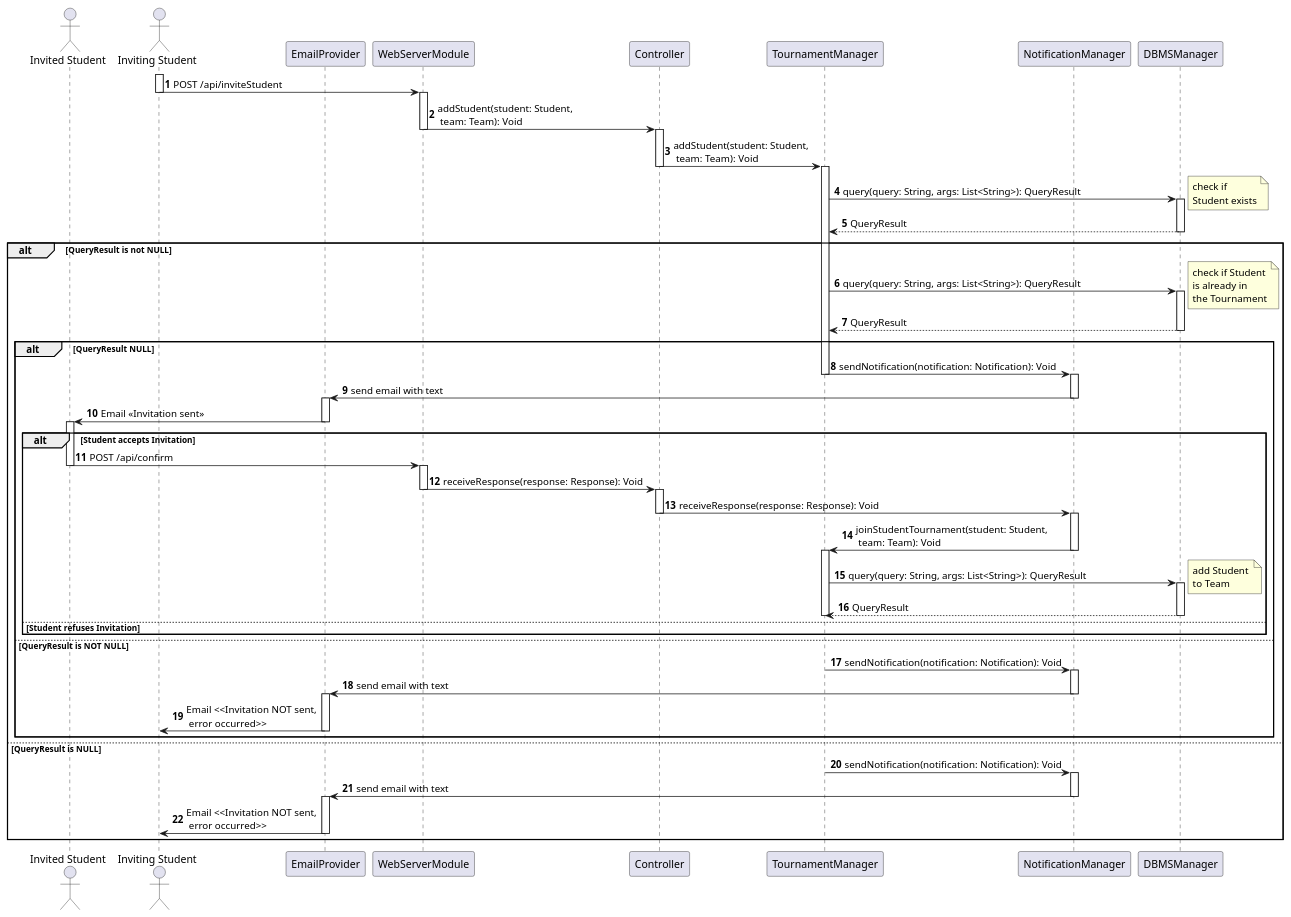
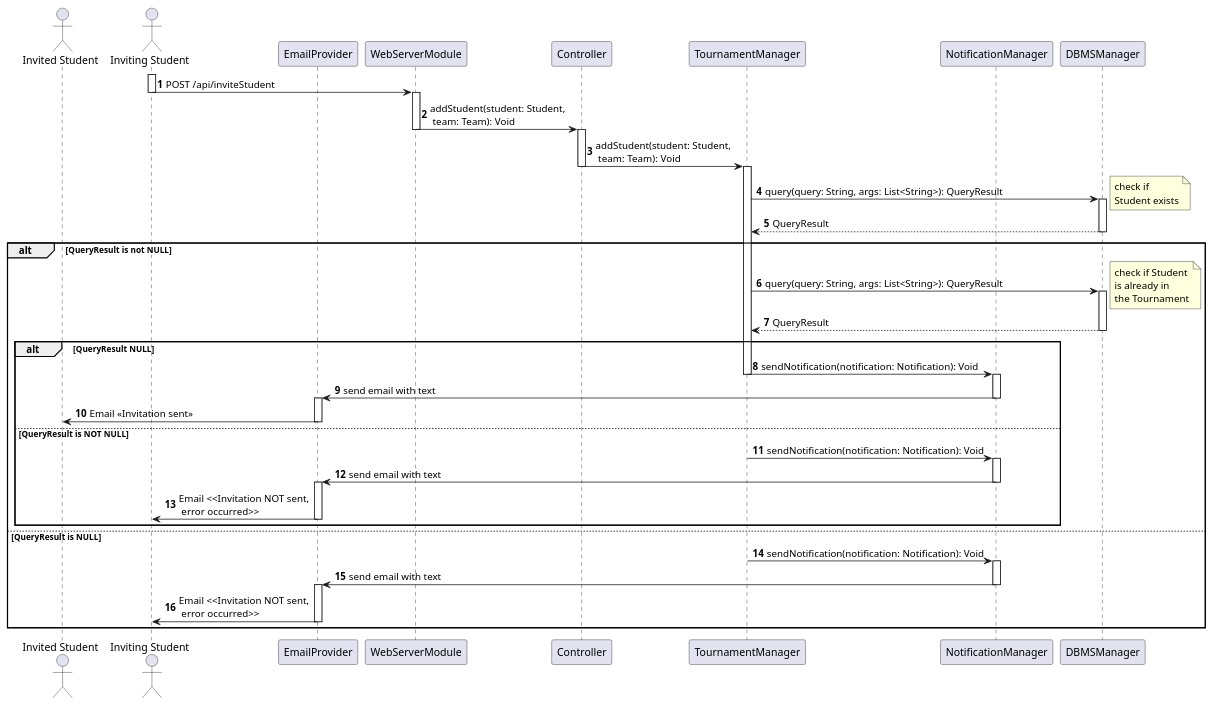
One commit to Angelo7672/SE2_Requirement-and-Design-Document changed the diagram in _DD/Images/sequenceDiagrams/inviteStudent.wsd. Above: the diagram before and after it, drawn with PlantUML. The commit also changed 4 other files, not shown here.

Commit message:
sequence 2.4 2.5. 2.6 2.7 fix

```diff
--- a/_DD/Images/sequenceDiagrams/inviteStudent.wsd
+++ b/_DD/Images/sequenceDiagrams/inviteStudent.wsd
@@ -1,95 +1,70 @@
 @startuml
 
 autonumber
 
 actor "Invited Student" as U2
 actor "Inviting Student" as U1
 participant EmailProvider as EP
 participant WebServerModule as WS
 participant Controller as C
 participant TournamentManager as TM
 participant NotificationManager as NM
 participant DBMSManager as DBMS
 
 activate U1
 U1 -> WS: POST /api/inviteStudent
 deactivate U1
 activate WS
 WS -> C: addStudent(student: Student,\n team: Team): Void
 deactivate WS
 activate C
 C -> TM: addStudent(student: Student,\n team: Team): Void
 deactivate C
 activate TM
 TM -> DBMS: query(query: String, args: List<String>): QueryResult
 activate DBMS
 note right
     check if 
     Student exists
 end note
 DBMS --> TM: QueryResult
 deactivate DBMS
 alt QueryResult is not NULL
     TM -> DBMS: query(query: String, args: List<String>): QueryResult
     activate DBMS
     note right
         check if Student 
         is already in 
         the Tournament
     end note
     DBMS --> TM: QueryResult
     deactivate DBMS
     alt QueryResult NULL
         TM -> NM: sendNotification(notification: Notification): Void
         deactivate TM
         activate NM
         NM -> EP: send email with text
         deactivate NM
         activate EP
         EP -> U2: Email <<Invitation sent>>
         deactivate EP
-        activate U2
-        alt Student accepts Invitation
-            U2 -> WS: POST /api/confirm
-            deactivate U2
-            activate WS
-            WS -> C: receiveResponse(response: Response): Void
-            deactivate WS
-            activate C
-            C -> NM: receiveResponse(response: Response): Void
-            deactivate C
-            activate NM
-            NM -> TM: joinStudentTournament(student: Student,\n team: Team): Void
-            deactivate NM
-            activate TM
-            TM -> DBMS: query(query: String, args: List<String>): QueryResult
-            note right
-                add Student 
-                to Team
-            end note
-            activate DBMS
-            DBMS --> TM: QueryResult
-            deactivate DBMS
-            deactivate TM
-        else Student refuses Invitation
-        end
     else QueryResult is NOT NULL
         TM -> NM: sendNotification(notification: Notification): Void
         activate NM
         NM -> EP: send email with text
         deactivate NM
         activate EP
         EP -> U1: Email <<Invitation NOT sent,\n error occurred>>
         deactivate EP
     end
 else QueryResult is NULL
     TM -> NM: sendNotification(notification: Notification): Void
     activate NM
     NM -> EP: send email with text
     deactivate NM
     activate EP
     EP -> U1: Email <<Invitation NOT sent,\n error occurred>>
     deactivate EP
 end
 
 @enduml
```
